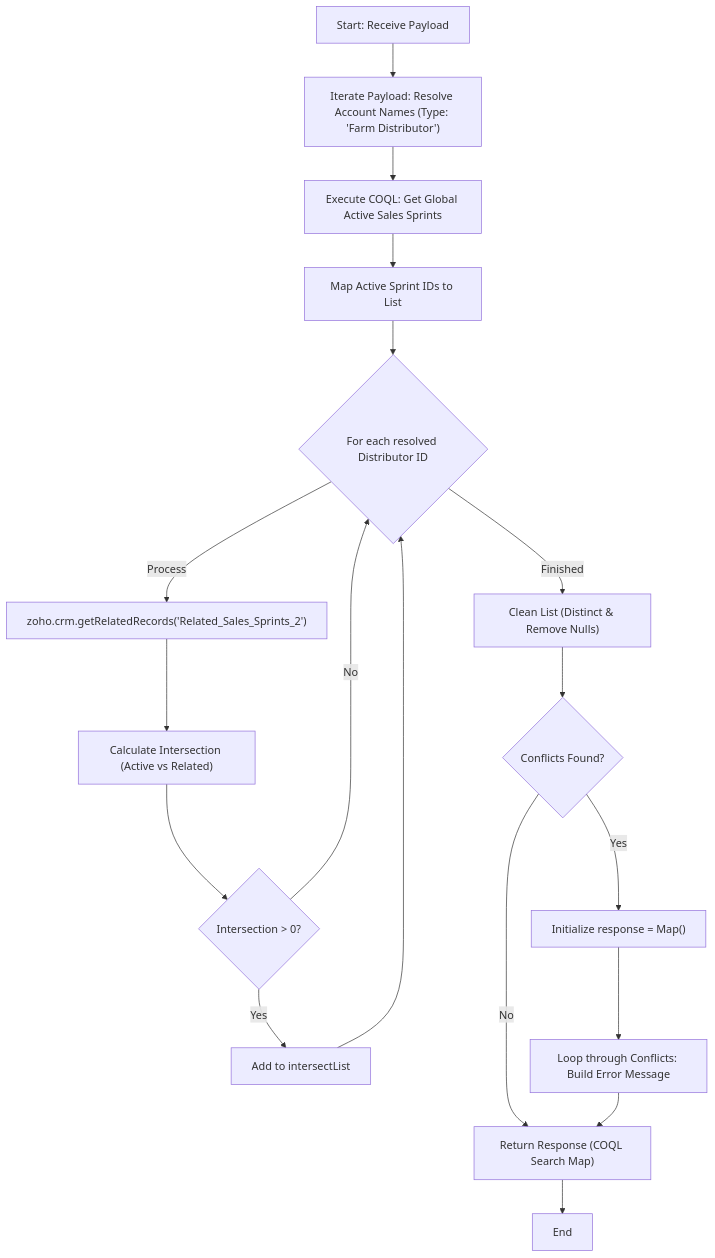
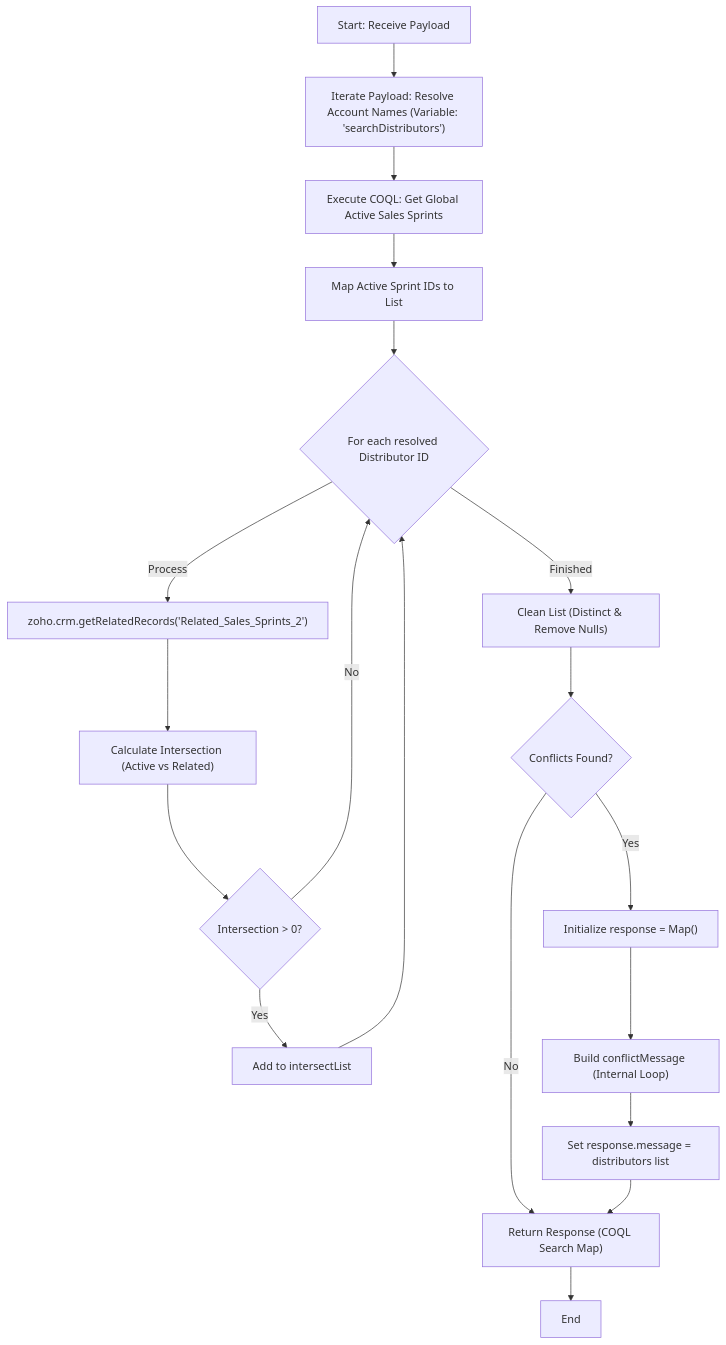
One commit to martinkp93/zoho-scripts changed the diagram in scripts/delugeSendToActiveCampaignLimit/delugeSendToActiveCampaignLimit.md. Above: the diagram before and after it, drawn with Mermaid. The commit also changed other lines of this file, not shown here.

````diff
--- a/scripts/delugeSendToActiveCampaignLimit/delugeSendToActiveCampaignLimit.md
+++ b/scripts/delugeSendToActiveCampaignLimit/delugeSendToActiveCampaignLimit.md
@@ -37,20 +37,21 @@
 ```mermaid
 graph TD
-    Start["Start: Receive Payload"] --> ResolveDistributors["Iterate Payload: Resolve Account Names (Type: 'Farm Distributor')"]
+    Start["Start: Receive Payload"] --> ResolveDistributors["Iterate Payload: Resolve Account Names (Variable: 'searchDistributors')"]
     ResolveDistributors --> COQLQuery["Execute COQL: Get Global Active Sales Sprints"]
     COQLQuery --> MapActiveIDs["Map Active Sprint IDs to List"]
     MapActiveIDs --> DistLoopStart{"For each resolved Distributor ID"}
     DistLoopStart -- "Process" --> GetRelated["zoho.crm.getRelatedRecords('Related_Sales_Sprints_2')"]
     GetRelated --> Intersect["Calculate Intersection (Active vs Related)"]
     Intersect --> CheckSize{"Intersection > 0?"}
     CheckSize -- "Yes" --> AddToList["Add to intersectList"]
     CheckSize -- "No" --> DistLoopStart
     AddToList --> DistLoopStart
     DistLoopStart -- "Finished" --> CleanList["Clean List (Distinct & Remove Nulls)"]
     CleanList --> ConflictCheck{"Conflicts Found?"}
     ConflictCheck -- "Yes" --> InitErrorMap["Initialize response = Map()"]
-    InitErrorMap --> BuildConflictMsg["Loop through Conflicts: Build Error Message"]
+    InitErrorMap --> BuildConflictMsg["Build conflictMessage (Internal Loop)"]
+    BuildConflictMsg --> SetResponse["Set response.message = distributors list"]
     ConflictCheck -- "No" --> ReturnResponse["Return Response (COQL Search Map)"]
-    BuildConflictMsg --> ReturnResponse
+    SetResponse --> ReturnResponse
     ReturnResponse --> End["End"]
 ```
````
